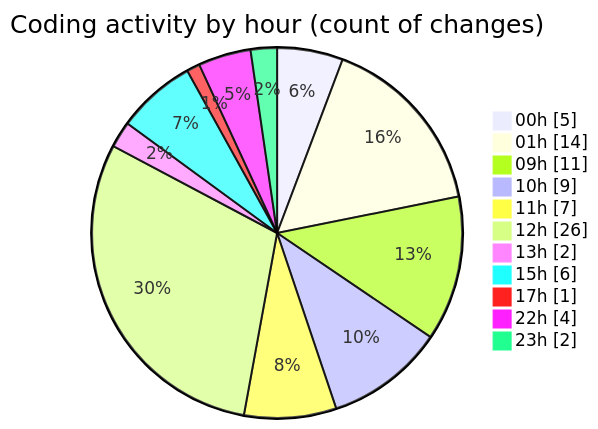
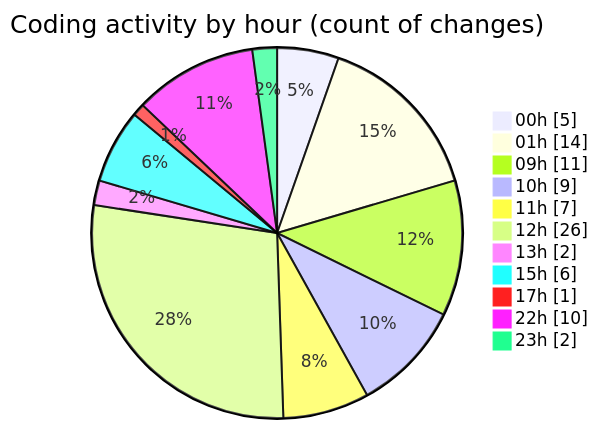
One commit to julien-gomy/code-tracking changed the second of 2 diagrams in 2025-11-26/eventscop-frontend-guide__workspace_/README.md. Above: the diagram before and after it, drawn with Mermaid. The commit also changed other lines of this file and 1 other file, not shown here.

````diff
--- a/2025-11-26/eventscop-frontend-guide__workspace_/README.md
+++ b/2025-11-26/eventscop-frontend-guide__workspace_/README.md
@@ -50,15 +50,15 @@
 ```mermaid
 pie showData
 title Coding activity by hour (count of changes)
 "00h" : 5
 "01h" : 14
 "09h" : 11
 "10h" : 9
 "11h" : 7
 "12h" : 26
 "13h" : 2
 "15h" : 6
 "17h" : 1
-"22h" : 4
+"22h" : 10
 "23h" : 2
 ```
````
